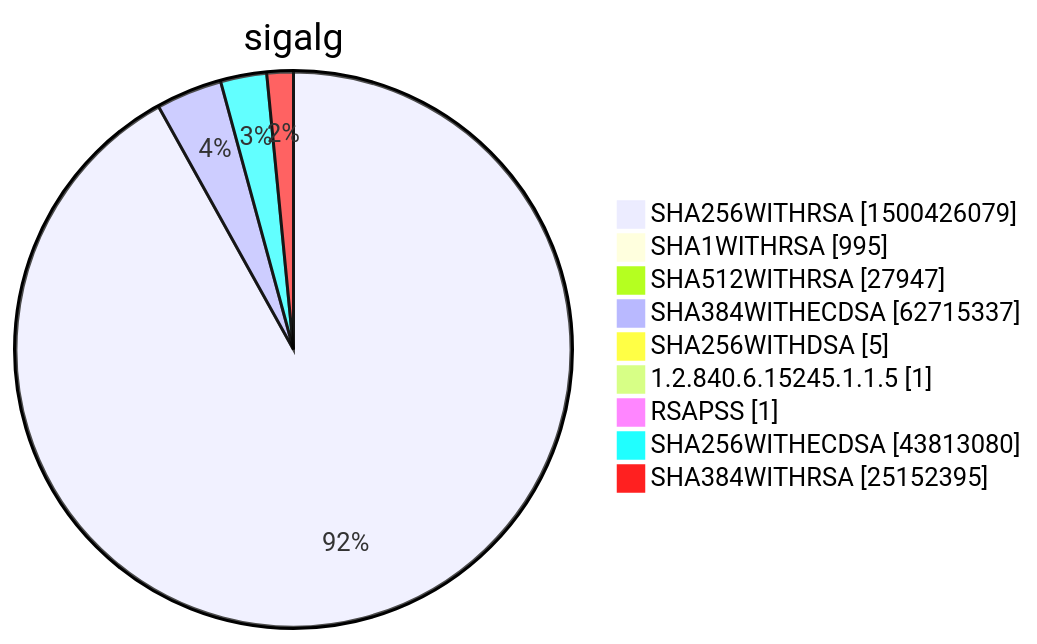
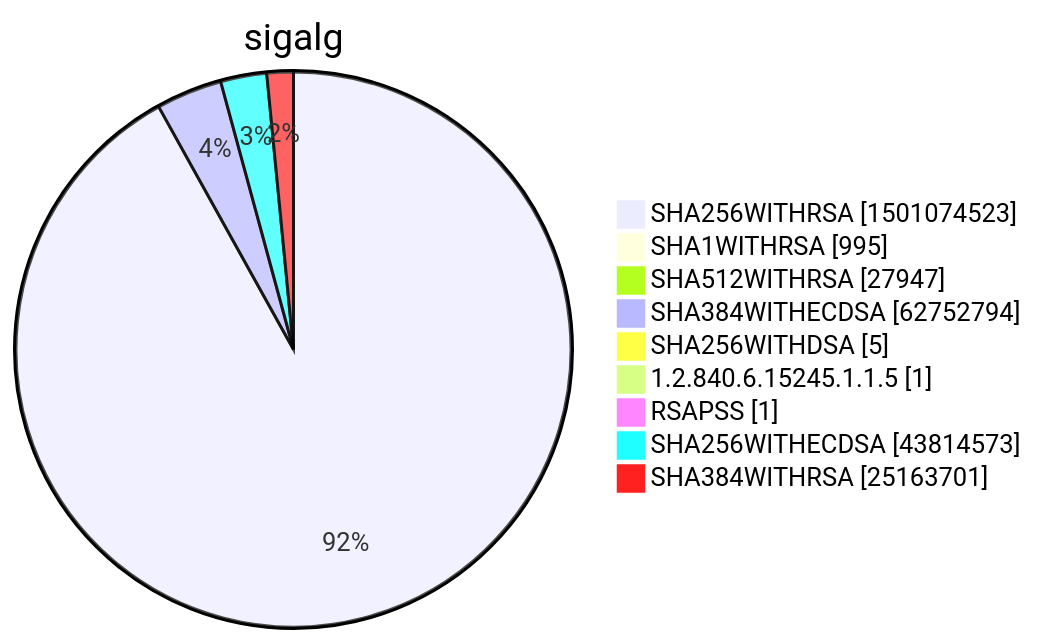
One commit to christiankrug/ctmonitor_visualization changed diagram 15 of 15 in xenon2022/README.md. Above: the diagram before and after it, drawn with Mermaid. The commit also changed other lines of this file, not shown here.

````diff
--- a/xenon2022/README.md
+++ b/xenon2022/README.md
@@ -5864,13 +5864,13 @@
 ```mermaid
 pie showData
 title sigalg
-"SHA256WITHRSA" :1500426079
+"SHA256WITHRSA" :1501074523
 "SHA1WITHRSA" :995
 "SHA512WITHRSA" :27947
-"SHA384WITHECDSA" :62715337
+"SHA384WITHECDSA" :62752794
 "SHA256WITHDSA" :5
 "1.2.840.6.15245.1.1.5" :1
 "RSAPSS" :1
-"SHA256WITHECDSA" :43813080
-"SHA384WITHRSA" :25152395
+"SHA256WITHECDSA" :43814573
+"SHA384WITHRSA" :25163701
 ```
````
